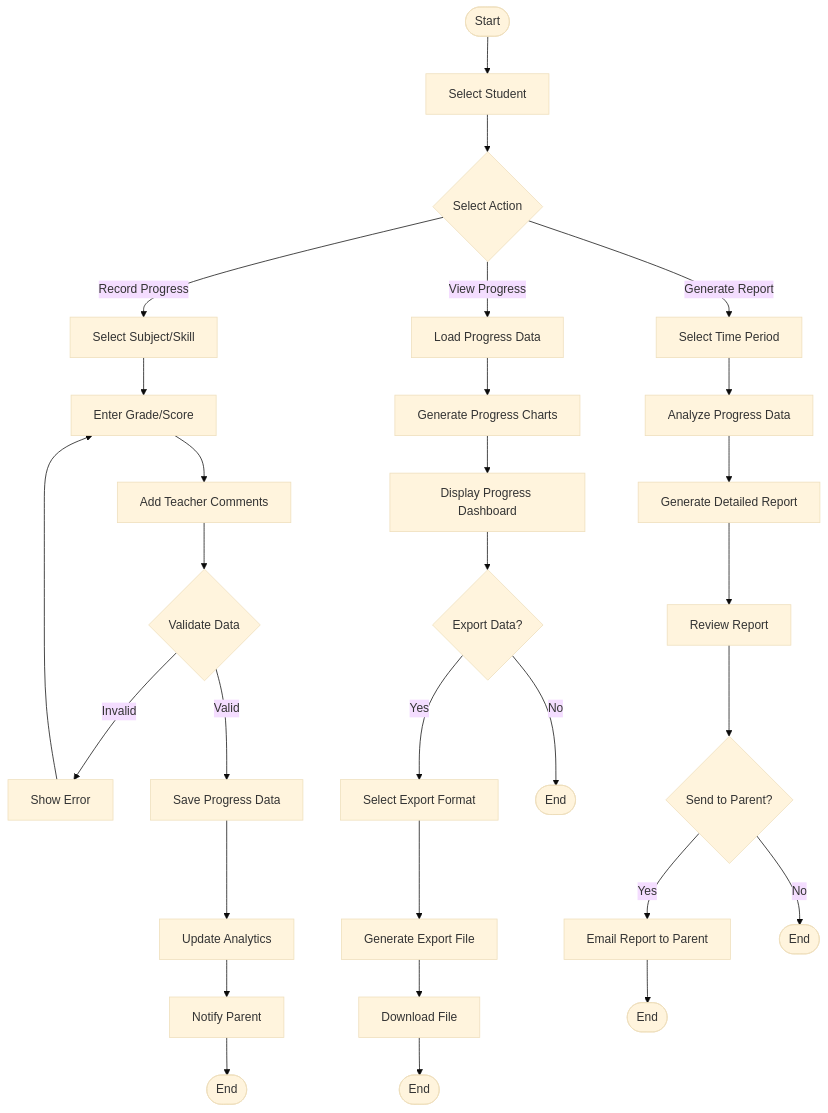
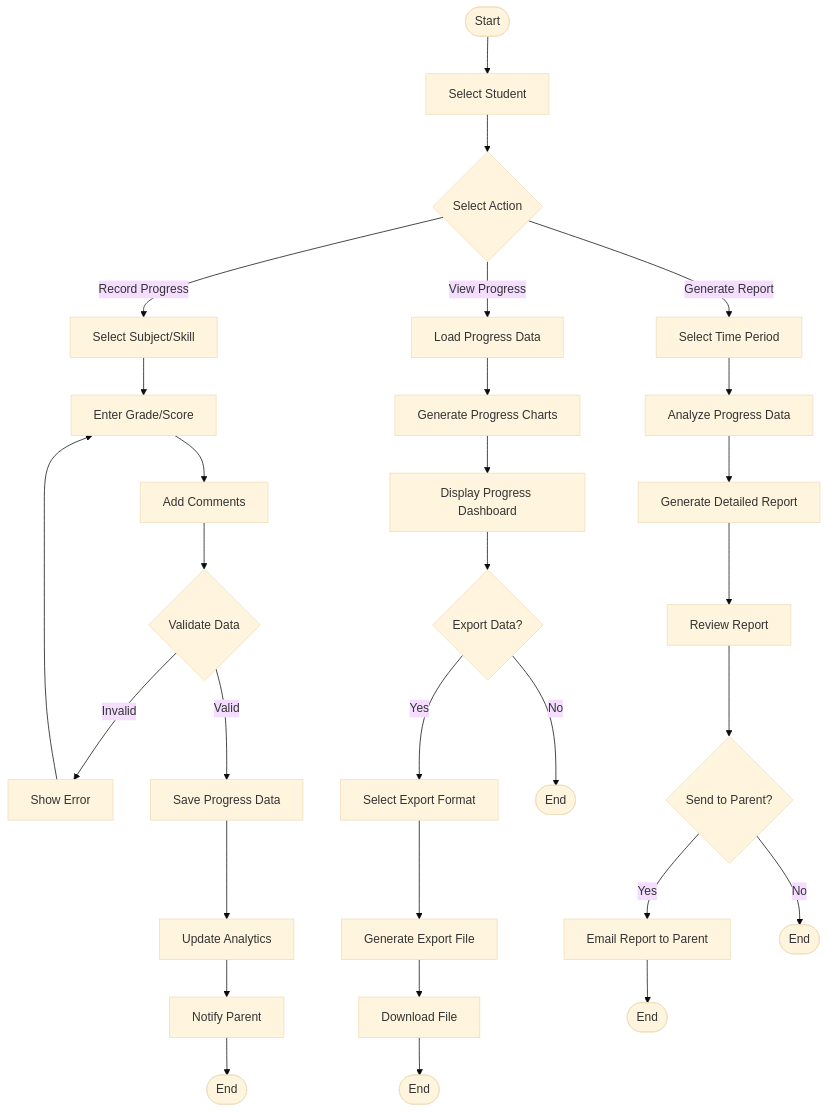
One commit to TongYwen/childfyp5 changed the ninth of 18 diagrams in diagrams.md. Above: the diagram before and after it, drawn with Mermaid (base theme). The commit also changed other lines of this file, not shown here.

First line of the commit message:
Update diagrams to remove Teacher role

````diff
--- a/diagrams.md
+++ b/diagrams.md
@@ -210,35 +202,35 @@
 ```mermaid
 flowchart TD
     Start([Start]) --> SelectStudent[Select Student]
     SelectStudent --> SelectAction{Select Action}
 
     SelectAction -->|Record Progress| SelectSubject[Select Subject/Skill]
     SelectSubject --> EnterGrade[Enter Grade/Score]
-    EnterGrade --> AddComments[Add Teacher Comments]
+    EnterGrade --> AddComments[Add Comments]
     AddComments --> ValidateData{Validate Data}
     ValidateData -->|Invalid| ShowError1[Show Error]
     ShowError1 --> EnterGrade
     ValidateData -->|Valid| SaveProgress[Save Progress Data]
     SaveProgress --> UpdateAnalytics[Update Analytics]
     UpdateAnalytics --> NotifyParent1[Notify Parent]
     NotifyParent1 --> End1([End])
 
     SelectAction -->|View Progress| LoadProgressData[Load Progress Data]
     LoadProgressData --> GenerateCharts[Generate Progress Charts]
     GenerateCharts --> DisplayProgress[Display Progress Dashboard]
     DisplayProgress --> ExportOption{Export Data?}
     ExportOption -->|Yes| SelectFormat[Select Export Format]
     SelectFormat --> GenerateExport[Generate Export File]
     GenerateExport --> DownloadFile[Download File]
     DownloadFile --> End2([End])
     ExportOption -->|No| End3([End])
 
     SelectAction -->|Generate Report| SelectPeriod[Select Time Period]
     SelectPeriod --> AnalyzeData[Analyze Progress Data]
     AnalyzeData --> GenerateReport[Generate Detailed Report]
     GenerateReport --> ReviewReport[Review Report]
     ReviewReport --> SendReport{Send to Parent?}
     SendReport -->|Yes| EmailReport[Email Report to Parent]
     EmailReport --> End4([End])
     SendReport -->|No| End5([End])
 ```
````
